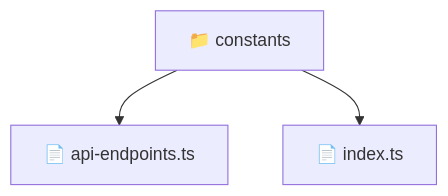
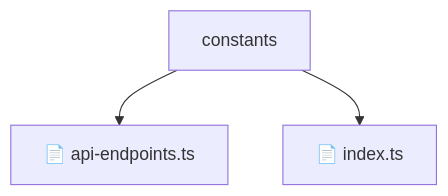
Before and after one commit to beginwebdev2002/fullstack-mavluda: the diagram in frontend/src/core/constants/README.md, drawn with Mermaid. The commit also changed other lines of this file and 155 other files, not shown here.

````diff
--- a/frontend/src/core/constants/README.md
+++ b/frontend/src/core/constants/README.md
@@ -9,6 +14,6 @@
 ```mermaid
 graph TD
-  Root["📁 constants"]
-  Root --> apiendpointsts["📄 api-endpoints.ts"]
-  Root --> indexts["📄 index.ts"]
+    Root[constants]
+    Root --> F0[📄 api-endpoints.ts]
+    Root --> F1[📄 index.ts]
 ```
````
